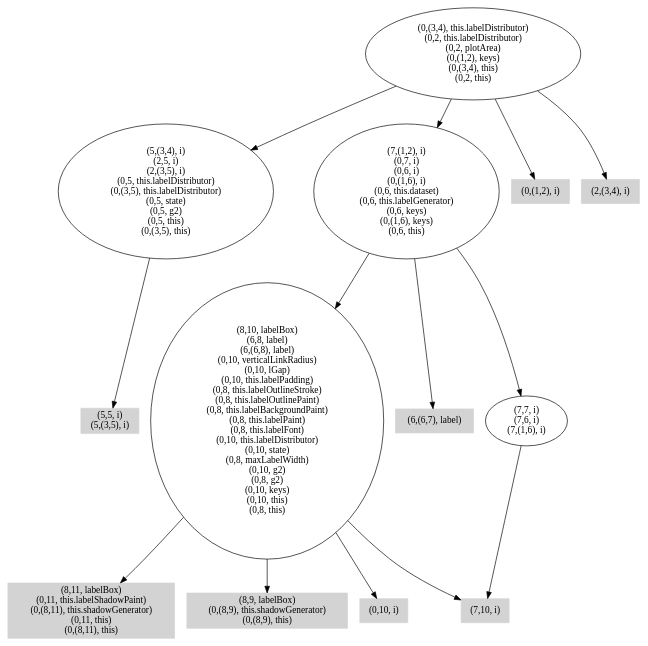
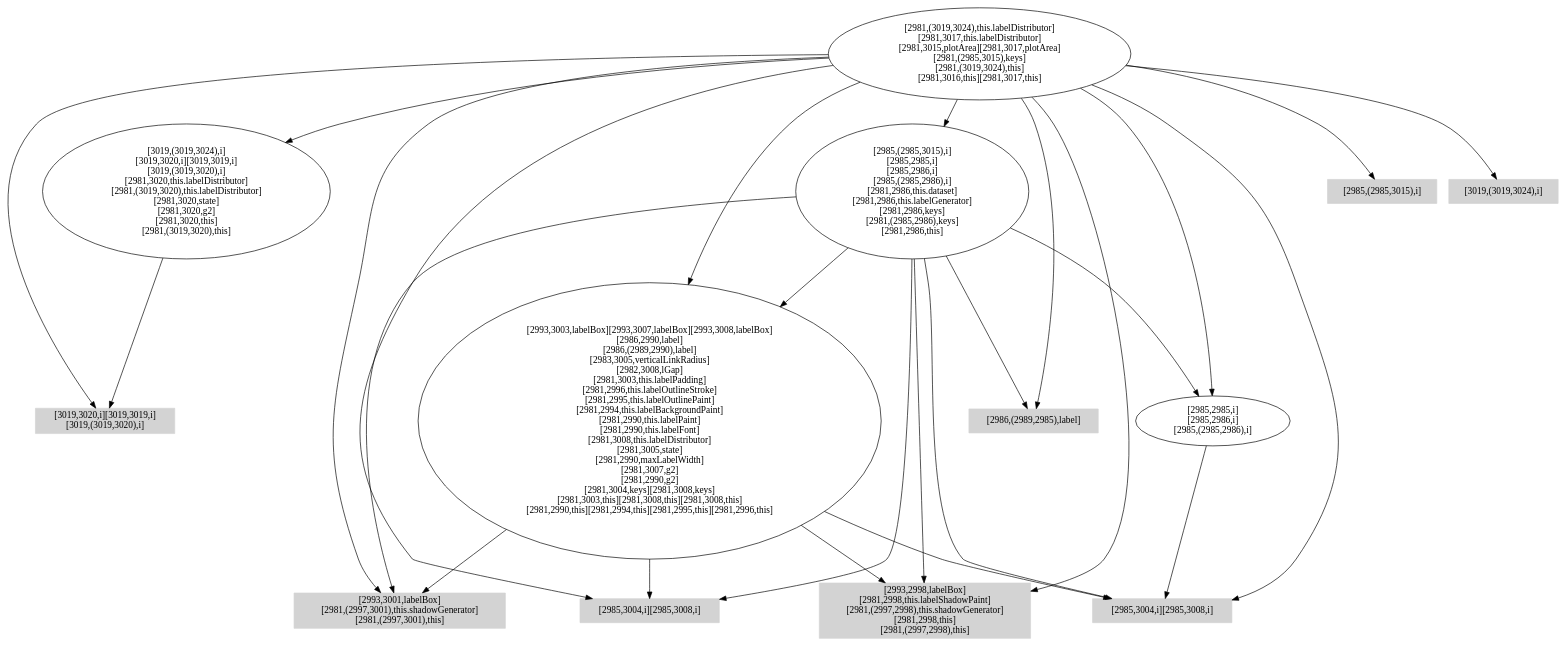
One commit to icst2021satool/source-code changed the diagram in data/PiePlot/drawRightLabels.dot. Above: the diagram before and after it, drawn with Graphviz. The commit also changed 737 other files, not shown here.

Commit message:
Removed code to trim the edges of the subsumption graph. It is costly and is not needed to calculted the unconstrained DUAs

```diff
--- a/data/PiePlot/drawRightLabels.dot
+++ b/data/PiePlot/drawRightLabels.dot
@@ -1,28 +1,40 @@
 digraph { 
-3601 [shape=box,style=filled,color=".0 .0 .83",label="(5,5, i)\n(5,(3,5), i)"];
-3602 [label="(5,(3,4), i)\n(2,5, i)\n(2,(3,5), i)\n(0,5, this.labelDistributor)\n(0,(3,5), this.labelDistributor)\n(0,5, state)\n(0,5, g2)\n(0,5, this)\n(0,(3,5), this)"];
-3603 [shape=box,style=filled,color=".0 .0 .83",label="(8,11, labelBox)\n(0,11, this.labelShadowPaint)\n(0,(8,11), this.shadowGenerator)\n(0,11, this)\n(0,(8,11), this)"];
-3604 [shape=box,style=filled,color=".0 .0 .83",label="(8,9, labelBox)\n(0,(8,9), this.shadowGenerator)\n(0,(8,9), this)"];
-3605 [shape=box,style=filled,color=".0 .0 .83",label="(0,10, i)"];
-3606 [shape=box,style=filled,color=".0 .0 .83",label="(7,10, i)"];
-3607 [label="(8,10, labelBox)\n(6,8, label)\n(6,(6,8), label)\n(0,10, verticalLinkRadius)\n(0,10, lGap)\n(0,10, this.labelPadding)\n(0,8, this.labelOutlineStroke)\n(0,8, this.labelOutlinePaint)\n(0,8, this.labelBackgroundPaint)\n(0,8, this.labelPaint)\n(0,8, this.labelFont)\n(0,10, this.labelDistributor)\n(0,10, state)\n(0,8, maxLabelWidth)\n(0,10, g2)\n(0,8, g2)\n(0,10, keys)\n(0,10, this)\n(0,8, this)"];
-3608 [shape=box,style=filled,color=".0 .0 .83",label="(6,(6,7), label)"];
-3609 [label="(7,7, i)\n(7,6, i)\n(7,(1,6), i)"];
-3610 [label="(7,(1,2), i)\n(0,7, i)\n(0,6, i)\n(0,(1,6), i)\n(0,6, this.dataset)\n(0,6, this.labelGenerator)\n(0,6, keys)\n(0,(1,6), keys)\n(0,6, this)"];
-3611 [shape=box,style=filled,color=".0 .0 .83",label="(0,(1,2), i)"];
-3612 [shape=box,style=filled,color=".0 .0 .83",label="(2,(3,4), i)"];
-3613 [label="(0,(3,4), this.labelDistributor)\n(0,2, this.labelDistributor)\n(0,2, plotArea)\n(0,(1,2), keys)\n(0,(3,4), this)\n(0,2, this)"];
-3602 -> 3601;
-3607 -> 3603;
-3607 -> 3604;
-3607 -> 3605;
-3607 -> 3606;
-3609 -> 3606;
-3610 -> 3607;
-3610 -> 3608;
-3610 -> 3609;
-3613 -> 3602;
-3613 -> 3610;
-3613 -> 3611;
-3613 -> 3612;
+4081 [shape=box,style=filled,color=".0 .0 .83",label="[3019,3020,i][3019,3019,i]\n[3019,(3019,3020),i]"];
+4082 [label="[3019,(3019,3024),i]\n[3019,3020,i][3019,3019,i]\n[3019,(3019,3020),i]\n[2981,3020,this.labelDistributor]\n[2981,(3019,3020),this.labelDistributor]\n[2981,3020,state]\n[2981,3020,g2]\n[2981,3020,this]\n[2981,(3019,3020),this]"];
+4083 [shape=box,style=filled,color=".0 .0 .83",label="[2993,2998,labelBox]\n[2981,2998,this.labelShadowPaint]\n[2981,(2997,2998),this.shadowGenerator]\n[2981,2998,this]\n[2981,(2997,2998),this]"];
+4084 [shape=box,style=filled,color=".0 .0 .83",label="[2993,3001,labelBox]\n[2981,(2997,3001),this.shadowGenerator]\n[2981,(2997,3001),this]"];
+4085 [shape=box,style=filled,color=".0 .0 .83",label="[2985,3004,i][2985,3008,i]"];
+4086 [shape=box,style=filled,color=".0 .0 .83",label="[2985,3004,i][2985,3008,i]"];
+4087 [label="[2993,3003,labelBox][2993,3007,labelBox][2993,3008,labelBox]\n[2986,2990,label]\n[2986,(2989,2990),label]\n[2983,3005,verticalLinkRadius]\n[2982,3008,lGap]\n[2981,3003,this.labelPadding]\n[2981,2996,this.labelOutlineStroke]\n[2981,2995,this.labelOutlinePaint]\n[2981,2994,this.labelBackgroundPaint]\n[2981,2990,this.labelPaint]\n[2981,2990,this.labelFont]\n[2981,3008,this.labelDistributor]\n[2981,3005,state]\n[2981,2990,maxLabelWidth]\n[2981,3007,g2]\n[2981,2990,g2]\n[2981,3004,keys][2981,3008,keys]\n[2981,3003,this][2981,3008,this][2981,3008,this]\n[2981,2990,this][2981,2994,this][2981,2995,this][2981,2996,this]"];
+4088 [shape=box,style=filled,color=".0 .0 .83",label="[2986,(2989,2985),label]"];
+4089 [label="[2985,2985,i]\n[2985,2986,i]\n[2985,(2985,2986),i]"];
+4090 [label="[2985,(2985,3015),i]\n[2985,2985,i]\n[2985,2986,i]\n[2985,(2985,2986),i]\n[2981,2986,this.dataset]\n[2981,2986,this.labelGenerator]\n[2981,2986,keys]\n[2981,(2985,2986),keys]\n[2981,2986,this]"];
+4091 [shape=box,style=filled,color=".0 .0 .83",label="[2985,(2985,3015),i]"];
+4092 [shape=box,style=filled,color=".0 .0 .83",label="[3019,(3019,3024),i]"];
+4093 [label="[2981,(3019,3024),this.labelDistributor]\n[2981,3017,this.labelDistributor]\n[2981,3015,plotArea][2981,3017,plotArea]\n[2981,(2985,3015),keys]\n[2981,(3019,3024),this]\n[2981,3016,this][2981,3017,this]"];
+4082 -> 4081;
+4087 -> 4083;
+4087 -> 4084;
+4087 -> 4085;
+4087 -> 4086;
+4089 -> 4086;
+4090 -> 4083;
+4090 -> 4084;
+4090 -> 4085;
+4090 -> 4086;
+4090 -> 4087;
+4090 -> 4088;
+4090 -> 4089;
+4093 -> 4081;
+4093 -> 4082;
+4093 -> 4083;
+4093 -> 4084;
+4093 -> 4085;
+4093 -> 4086;
+4093 -> 4087;
+4093 -> 4088;
+4093 -> 4089;
+4093 -> 4090;
+4093 -> 4091;
+4093 -> 4092;
 }
```
